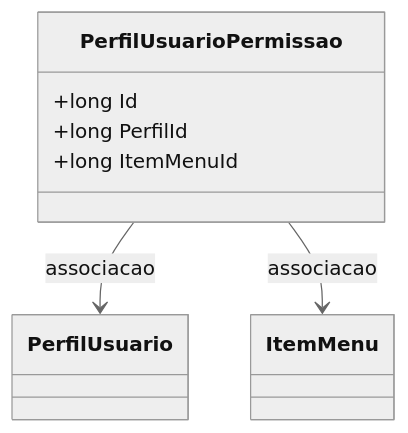
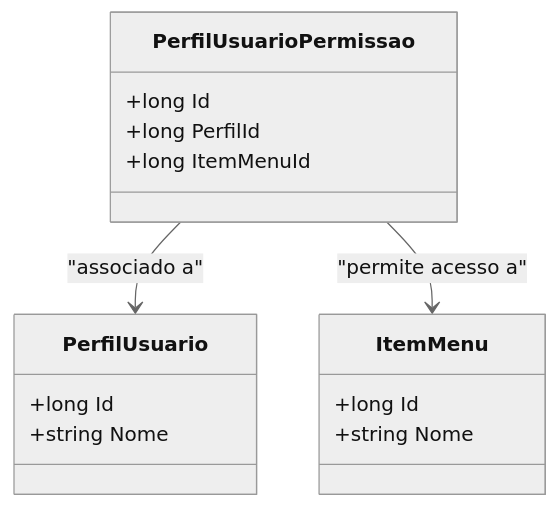
Before and after one commit to IsthmusSistemas/documentacao-tecnica: the diagram in docs/b2b-dominio/IsthmusWinthor.Nucleo/IsthmusWinthor.Dominio/Entidades/PerfilUsuarioPermissao.md, drawn with Mermaid (neutral theme). The commit also changed other lines of this file and 882 other files, not shown here.

````diff
--- a/docs/b2b-dominio/IsthmusWinthor.Nucleo/IsthmusWinthor.Dominio/Entidades/PerfilUsuarioPermissao.md
+++ b/docs/b2b-dominio/IsthmusWinthor.Nucleo/IsthmusWinthor.Dominio/Entidades/PerfilUsuarioPermissao.md
@@ -22,17 +26,21 @@
 ```mermaid
 classDiagram
     class PerfilUsuarioPermissao {
         +long Id
         +long PerfilId
         +long ItemMenuId
     }
-  
+    
     class PerfilUsuario {
-    }
-  
-    class ItemMenu {
+        +long Id
+        +string Nome
     }
 
-    PerfilUsuarioPermissao --> PerfilUsuario : associacao
-    PerfilUsuarioPermissao --> ItemMenu : associacao
+    class ItemMenu {
+        +long Id
+        +string Nome
+    }
+    
+    PerfilUsuarioPermissao --> PerfilUsuario : "associado a"
+    PerfilUsuarioPermissao --> ItemMenu : "permite acesso a"
 ```
````
